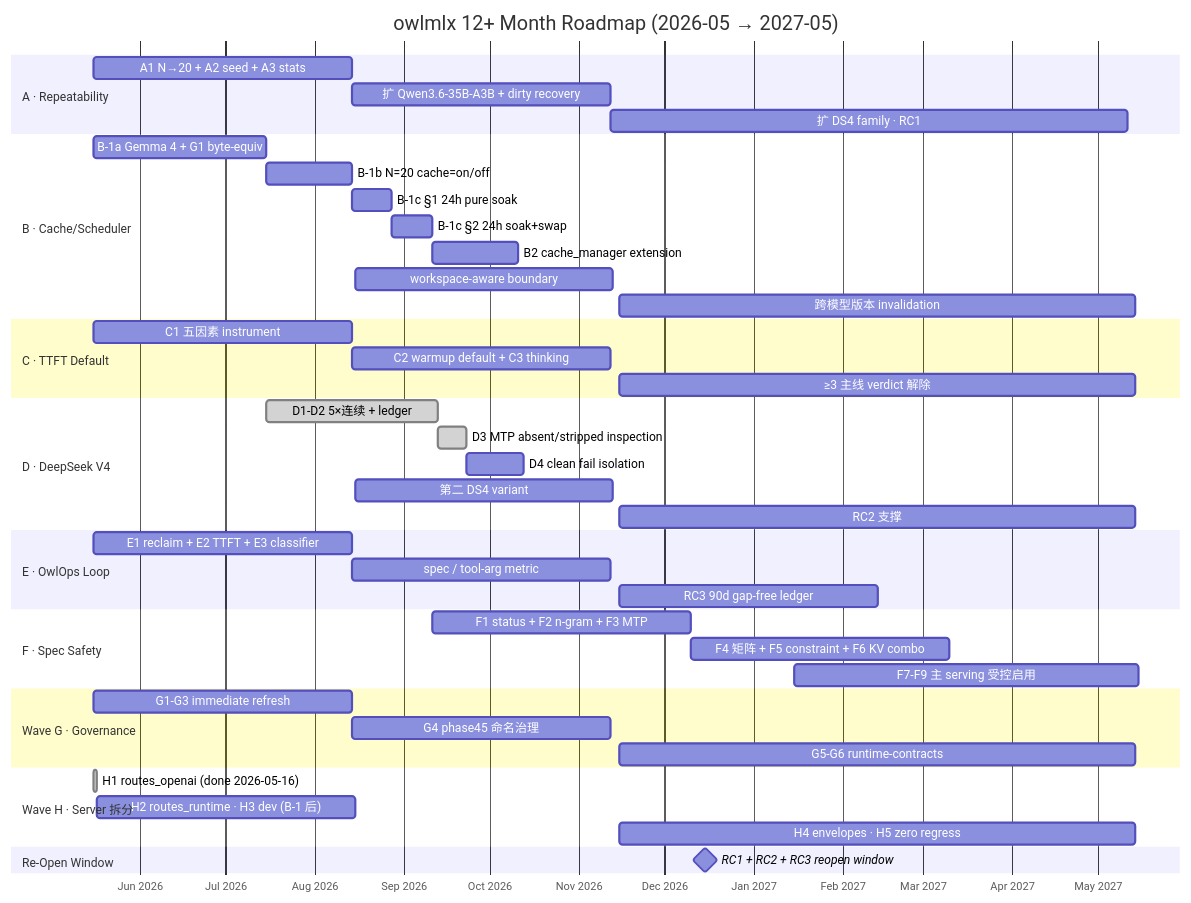
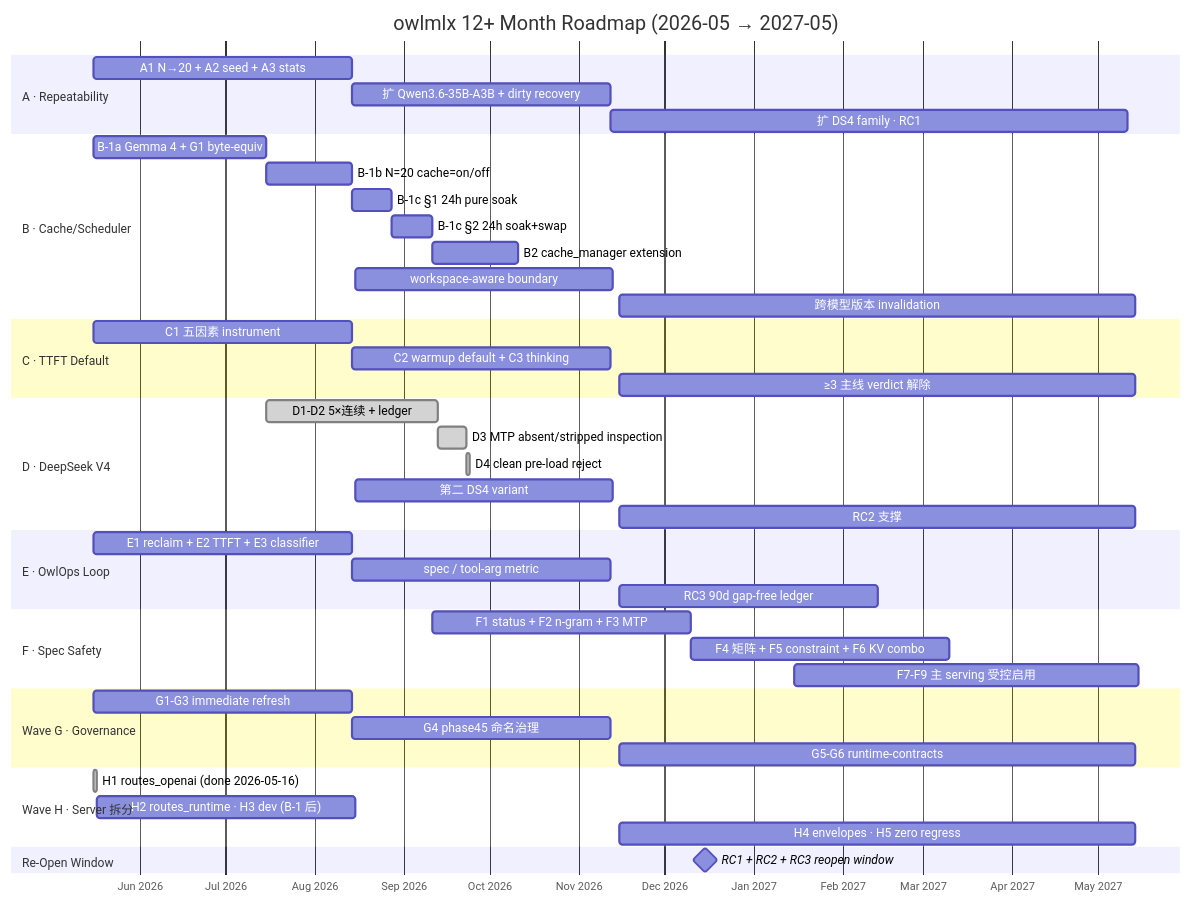
One commit to yeemio/owlmlx changed the fifth of 5 diagrams in docs/architect/04-architecture-canvas.md. Above: the diagram before and after it, drawn with Mermaid. The commit also changed other lines of this file and 7 other files, not shown here.

Commit message:
evidence: record D4 MTP clean pre-load reject

````diff
--- a/docs/architect/04-architecture-canvas.md
+++ b/docs/architect/04-architecture-canvas.md
@@ -286,55 +286,55 @@
 ```mermaid
 gantt
     title owlmlx 12+ Month Roadmap (2026-05 → 2027-05)
     dateFormat YYYY-MM-DD
     axisFormat %b %Y
 
     section A · Repeatability
     A1 N→20 + A2 seed + A3 stats         :a1, 2026-05-16, 90d
     扩 Qwen3.6-35B-A3B + dirty recovery  :a2, after a1, 90d
     扩 DS4 family · RC1                  :a3, after a2, 180d
 
     section B · Cache/Scheduler
     B-1a Gemma 4 + G1 byte-equiv         :b1a, 2026-05-16, 60d
     B-1b N=20 cache=on/off               :b1b, after b1a, 30d
     B-1c §1 24h pure soak                :b1c1, after b1b, 14d
     B-1c §2 24h soak+swap                :b1c2, after b1c1, 14d
     B2 cache_manager extension           :b2, after b1c2, 30d
     workspace-aware boundary             :b3, 2026-08-15, 90d
     跨模型版本 invalidation                :b4, 2026-11-15, 180d
 
     section C · TTFT Default
     C1 五因素 instrument                 :c1, 2026-05-16, 90d
     C2 warmup default + C3 thinking      :c2, after c1, 90d
     ≥3 主线 verdict 解除                  :c3, 2026-11-15, 180d
 
     section D · DeepSeek V4
     D1-D2 5×连续 + ledger                :done, d1, after b1a, 60d
     D3 MTP absent/stripped inspection    :done, d3, after d1, 10d
-    D4 clean fail isolation              :d4, after d3, 20d
+    D4 clean pre-load reject             :done, d4, after d3, 1d
     第二 DS4 variant                      :d5, 2026-08-15, 90d
     RC2 支撑                              :d6, 2026-11-15, 180d
 
     section E · OwlOps Loop
     E1 reclaim + E2 TTFT + E3 classifier :e1, 2026-05-16, 90d
     spec / tool-arg metric               :e2, after e1, 90d
     RC3 90d gap-free ledger              :e3, 2026-11-15, 90d
 
     section F · Spec Safety
     F1 status + F2 n-gram + F3 MTP       :f1, after b1c2, 90d
     F4 矩阵 + F5 constraint + F6 KV combo:f4, after f1, 90d
     F7-F9 主 serving 受控启用             :f7, 2027-01-15, 120d
 
     section Wave G · Governance
     G1-G3 immediate refresh              :g1, 2026-05-16, 90d
     G4 phase45 命名治理                   :g4, after g1, 90d
     G5-G6 runtime-contracts              :g5, 2026-11-15, 180d
 
     section Wave H · Server 拆分
     H1 routes_openai (done 2026-05-16)   :done, h1, 2026-05-16, 1d
     H2 routes_runtime · H3 dev (B-1 后)  :h2, after h1, 90d
     H4 envelopes · H5 zero regress       :h4, 2026-11-15, 180d
 
     section Re-Open Window
     RC1 + RC2 + RC3 reopen window        :milestone, m1, 2026-11-15, 60d
 ```
````
